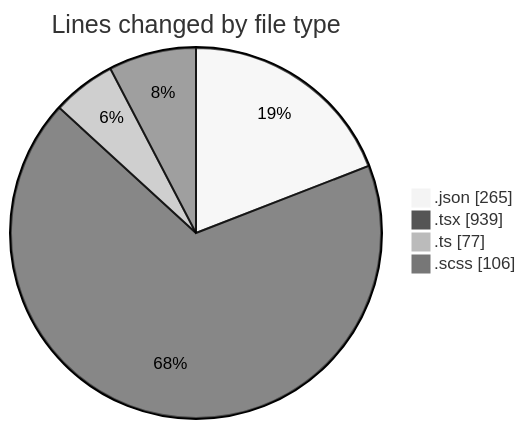
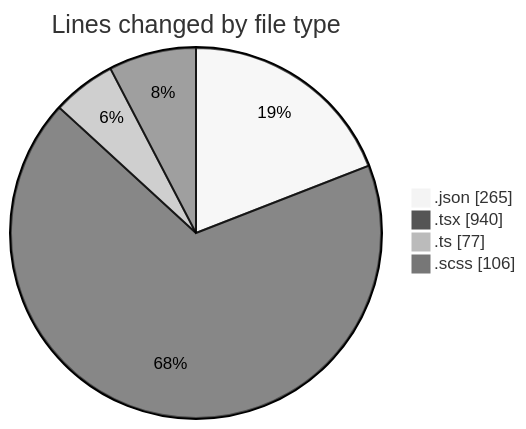
One commit to momahboobian/code-tracking changed the first of 2 diagrams in 2026-04-22/cda/README.md. Above: the diagram before and after it, drawn with Mermaid (neutral theme). The commit also changed other lines of this file and 1 other file, not shown here.

````diff
--- a/2026-04-22/cda/README.md
+++ b/2026-04-22/cda/README.md
@@ -29,8 +29,8 @@
 ```mermaid
 pie showData
 title Lines changed by file type
 ".json" : 265
-".tsx" : 939
+".tsx" : 940
 ".ts" : 77
 ".scss" : 106
 ```
````
